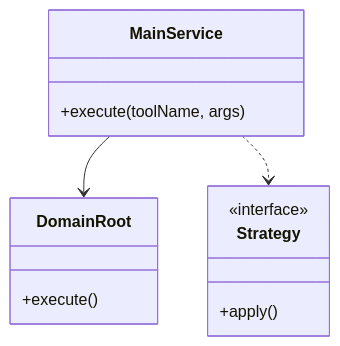
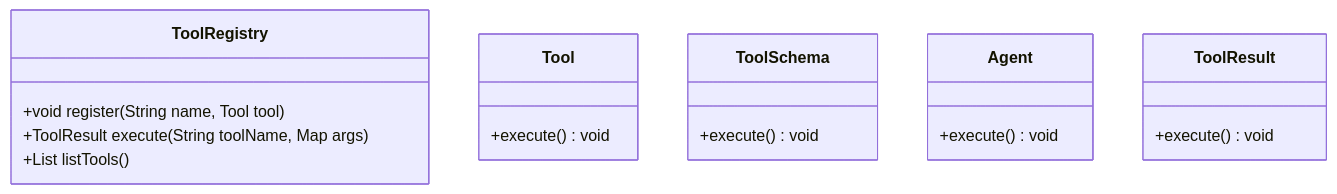
The first of 3 diagrams in Learn/System Design - Low Level Design/05-genai-llm-lld/questions/Q02-agent-tool-registry.md (madhupaila/Interview-Prep-SSE), drawn with Mermaid before and after one commit. The commit also changed other lines of this file and 491 other files, not shown here.

````diff
--- a/Learn/System Design - Low Level Design/05-genai-llm-lld/questions/Q02-agent-tool-registry.md
+++ b/Learn/System Design - Low Level Design/05-genai-llm-lld/questions/Q02-agent-tool-registry.md
@@ -74,15 +94,20 @@
 ```mermaid
 classDiagram
-    class MainService {
-        +execute(toolName, args)
+    class ToolRegistry {
+        +void register(String name, Tool tool)
+        +ToolResult execute(String toolName, Map<String, Object> args)
+        +List<ToolSchema> listTools()
     }
-    class DomainRoot {
-        +execute()
+    class Tool {
+        +execute() void
     }
-    class Strategy {
-        <<interface>>
-        +apply()
+    class ToolSchema {
+        +execute() void
     }
-    MainService --> DomainRoot
-    MainService ..> Strategy
+    class Agent {
+        +execute() void
+    }
+    class ToolResult {
+        +execute() void
+    }
 ```
````
